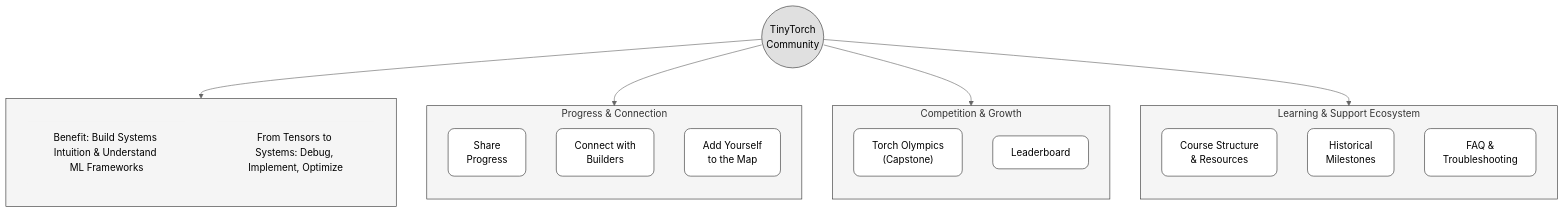
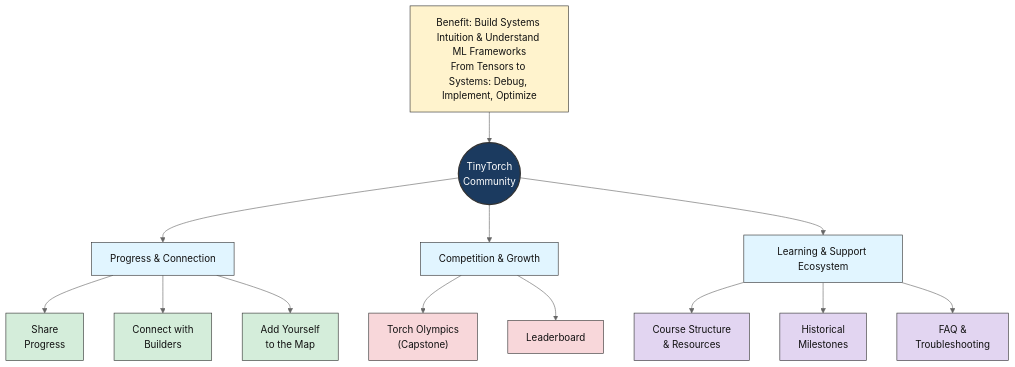
One commit to harvard-edge/cs249r_book changed the diagram in tinytorch/site/community.md. Above: the diagram before and after it, drawn with Mermaid (neutral theme). The commit also changed other lines of this file and 56 other files, not shown here.

First line of the commit message:
style: rebrand "Your TinyTorch" to "Your Tiny🔥Torch" across codebase

````diff
--- a/tinytorch/site/community.md
+++ b/tinytorch/site/community.md
@@ -7,54 +7,61 @@
 ```{mermaid}
 :align: center
 :caption: TinyTorch Community Ecosystem
 flowchart TB
-    subgraph Benefit[" "]
-        direction TB
-        BenefitTitle["Benefit: Build Systems Intuition & Understand ML Frameworks"]
-        BenefitSub["From Tensors to Systems: Debug, Implement, Optimize"]
-    end
+ %% Top benefit
+ B["Benefit: Build Systems Intuition & Understand ML Frameworks<br/>From Tensors to Systems: Debug, Implement, Optimize"]
 
-    Community(("TinyTorch<br/>Community"))
+ %% Center
+ C(("TinyTorch<br/>Community"))
 
-    Community --> Benefit
+ %% Main branches
+ L["Progress & Connection"]
+ R["Competition & Growth"]
+ S["Learning & Support Ecosystem"]
 
-    subgraph Progress["Progress & Connection"]
-        direction TB
-        P1["Share<br/>Progress"]
-        P2["Connect with<br/>Builders"]
-        P3["Add Yourself<br/>to the Map"]
-    end
+ %% Left branch leaves
+ L1["Share<br/>Progress"]
+ L2["Connect with<br/>Builders"]
+ L3["Add Yourself<br/>to the Map"]
 
-    subgraph Competition["Competition & Growth"]
-        direction TB
-        C1["Torch Olympics<br/>(Capstone)"]
-        C2["Leaderboard"]
-    end
+ %% Right branch leaves
+ R1["Torch Olympics<br/>(Capstone)"]
+ R2["Leaderboard"]
 
-    subgraph Learning["Learning & Support Ecosystem"]
-        direction TB
-        L1["Course Structure<br/>& Resources"]
-        L2["Historical<br/>Milestones"]
-        L3["FAQ &<br/>Troubleshooting"]
-    end
+ %% Support branch leaves
+ S1["Course Structure<br/>& Resources"]
+ S2["Historical<br/>Milestones"]
+ S3["FAQ &<br/>Troubleshooting"]
 
-    Community --> Progress
-    Community --> Competition
-    Community --> Learning
+ %% Connections
+ B --> C
+ C --> L
+ C --> R
+ C --> S
 
-    style Benefit fill:#f5f5f5,stroke:#333
-    style BenefitTitle fill:#f5f5f5,stroke:none
-    style BenefitSub fill:#f5f5f5,stroke:none
-    style Community fill:#e0e0e0,stroke:#333
-    style Progress fill:#f5f5f5,stroke:#333
-    style Competition fill:#f5f5f5,stroke:#333
-    style Learning fill:#f5f5f5,stroke:#333
-    style P1 fill:#fff,stroke:#333,rx:10
-    style P2 fill:#fff,stroke:#333,rx:10
-    style P3 fill:#fff,stroke:#333,rx:10
-    style C1 fill:#fff,stroke:#333,rx:10
-    style C2 fill:#fff,stroke:#333,rx:10
-    style L1 fill:#fff,stroke:#333,rx:10
-    style L2 fill:#fff,stroke:#333,rx:10
-    style L3 fill:#fff,stroke:#333,rx:10
+ L --> L1
+ L --> L2
+ L --> L3
+
+ R --> R1
+ R --> R2
+
+ S --> S1
+ S --> S2
+ S --> S3
+
+ %% Styling - TinyTorch brand colors
+ classDef benefit fill:#fff3cd,stroke:#333,stroke-width:1px,color:#111;
+ classDef center fill:#1b3a5f,stroke:#333,stroke-width:2px,color:#fff;
+ classDef branch fill:#e1f5ff,stroke:#333,stroke-width:1px,color:#111;
+ classDef leafProgress fill:#d4edda,stroke:#333,stroke-width:1px,color:#111;
+ classDef leafCompete fill:#f8d7da,stroke:#333,stroke-width:1px,color:#111;
+ classDef leafSupport fill:#e2d5f1,stroke:#333,stroke-width:1px,color:#111;
+
+ class B benefit;
+ class C center;
+ class L,R,S branch;
+ class L1,L2,L3 leafProgress;
+ class R1,R2 leafCompete;
+ class S1,S2,S3 leafSupport;
 ```
````
